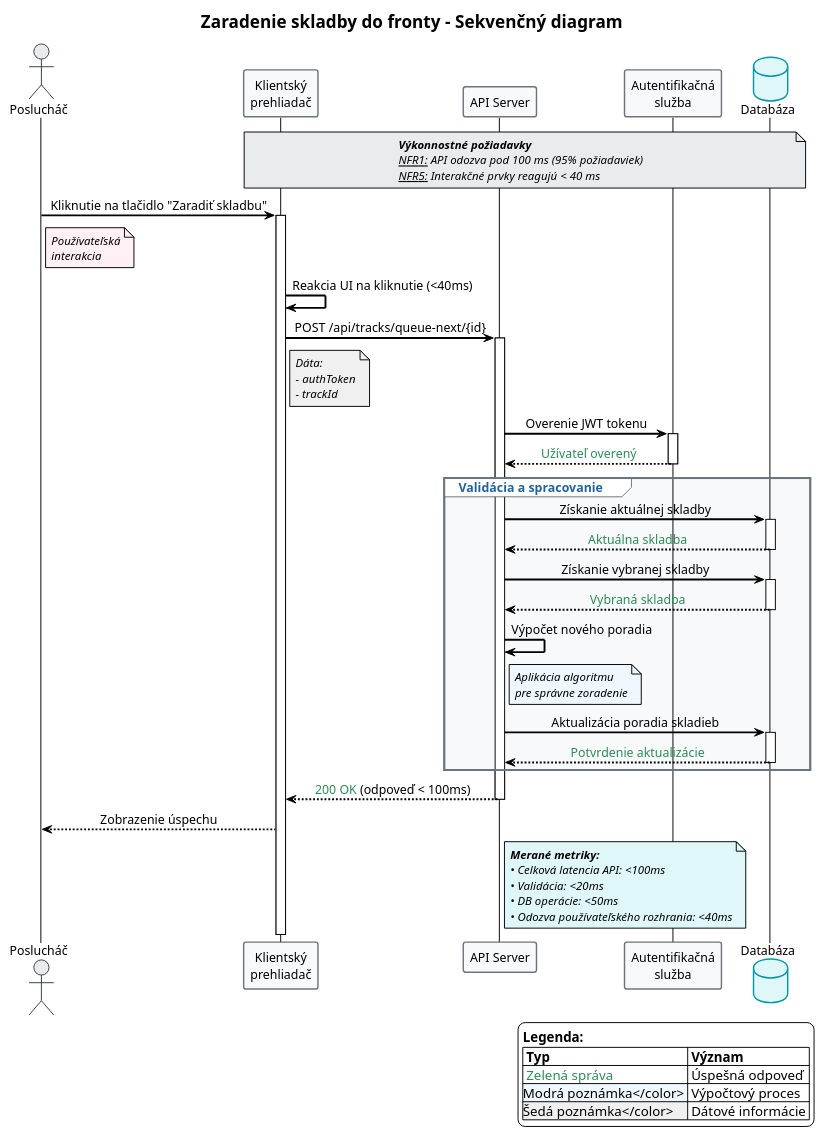
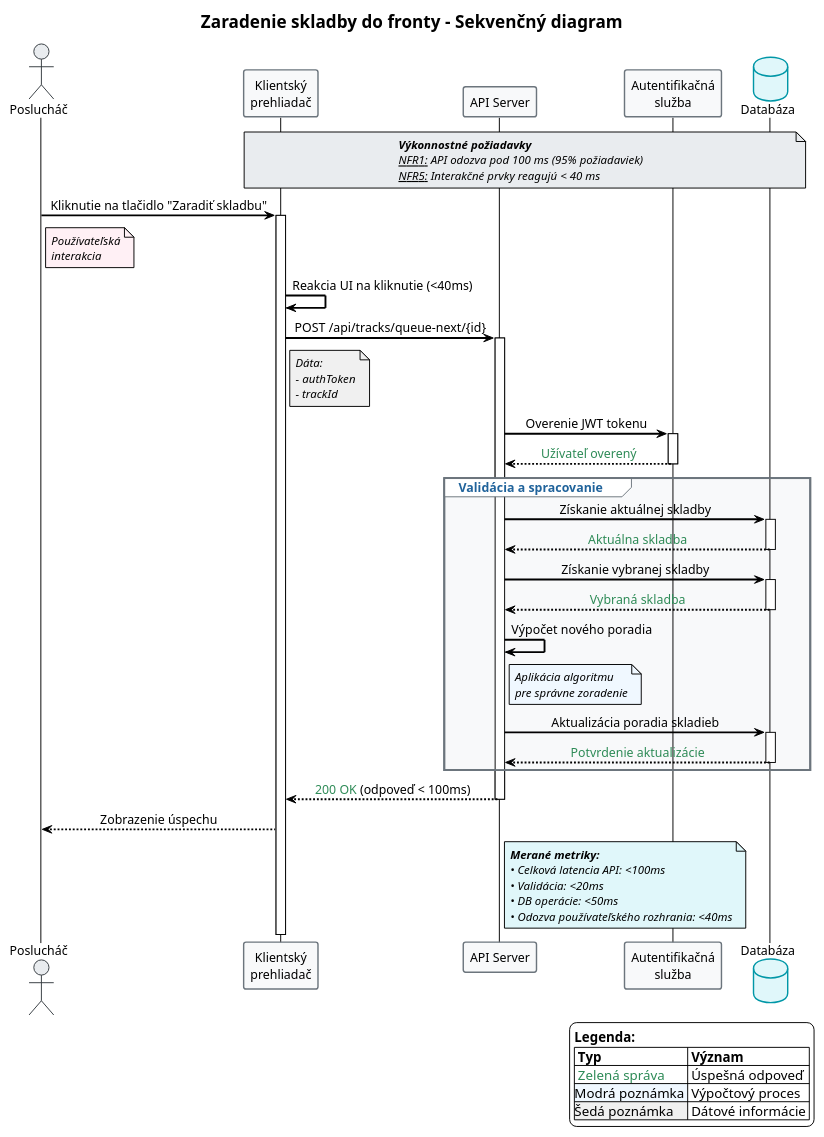
Before and after one commit to Aspergillusplay/radio-app: the diagram in server/public/radio_system_sequence_diagram.puml, drawn with PlantUML. The commit also changed 1 other file, not shown here.

Commit message:
PlantUML update

```diff
--- a/server/public/radio_system_sequence_diagram.puml
+++ b/server/public/radio_system_sequence_diagram.puml
@@ -1,98 +1,98 @@
 @startuml radio_system_sequence_diagram
 
 !theme plain
 skinparam backgroundColor white
 skinparam sequenceArrowThickness 2
 skinparam participantBorderThickness 1.5
 skinparam noteBorderThickness 1
 skinparam BoxPadding 15
 skinparam sequenceGroupBorderThickness 2
 skinparam sequenceGroupBodyBackgroundColor #F8F9FA
 skinparam sequenceGroupBorderColor #6C757D
 skinparam sequenceMessageAlign center
 skinparam responseMessageBelowArrow true
 
 skinparam defaultFontName Arial
 skinparam defaultFontSize 13
 skinparam titleFontSize 18
 skinparam titleFontStyle bold
 skinparam noteFontSize 12
 skinparam noteFontStyle italic
 skinparam groupFontStyle bold
 
 skinparam ActorBackgroundColor #E9ECEF
 skinparam ActorBorderColor #343A40
 skinparam ParticipantBackgroundColor #F8F9FA
 skinparam ParticipantBorderColor #6C757D
 skinparam DatabaseBackgroundColor #E0F7FA
 skinparam DatabaseBorderColor #0097A7
 
 title Zaradenie skladby do fronty - Sekvenčný diagram
 
 actor "Poslucháč" as user #E9ECEF
 participant "Klientský\nprehliadač" as browser #F8F9FA
 participant "API Server" as api #F8F9FA
 participant "Autentifikačná\nslužba" as auth #F8F9FA
 database "Databáza" as db #E0F7FA
 
 note over browser, db #E9ECEF
   <b>Výkonnostné požiadavky</b>
   <u>NFR1:</u> API odozva pod 100 ms (95% požiadaviek)
   <u>NFR5:</u> Interakčné prvky reagujú < 40 ms
 end note
 
 user -> browser ++: Kliknutie na tlačidlo "Zaradiť skladbu"
 note right of user #FFF0F5
   Používateľská
   interakcia
 end note
 
 browser -> browser: Reakcia UI na kliknutie (<40ms)
 
 browser -> api ++: POST /api/tracks/queue-next/{id}
 note right of browser #F0F0F0
   Dáta:
   - authToken
   - trackId
 end note
 
 api -> auth ++: Overenie JWT tokenu
 auth --> api --: <color #2E8B57>Užívateľ overený</color>
 
 group <color #20639B>Validácia a spracovanie</color>
   api -> db ++: Získanie aktuálnej skladby
   db --> api --: <color #2E8B57>Aktuálna skladba</color>
 
   api -> db ++: Získanie vybranej skladby
   db --> api --: <color #2E8B57>Vybraná skladba</color>
 
   api -> api: Výpočet nového poradia
   note right of api #F0F8FF
     Aplikácia algoritmu
     pre správne zoradenie
   end note
 
   api -> db ++: Aktualizácia poradia skladieb
   db --> api --: <color #2E8B57>Potvrdenie aktualizácie</color>
 end group
 
 api --> browser --: <color #2E8B57>200 OK</color> (odpoveď < 100ms)
 browser --> user: Zobrazenie úspechu
 
 note right of api #E0F7FA
   <b>Merané metriky:</b>
   • Celková latencia API: <100ms
   • Validácia: <20ms
   • DB operácie: <50ms
   • Odozva používateľského rozhrania: <40ms
 end note
 
 legend right
   <b>Legenda:</b>
   |= Typ |= Význam |
   | <color #2E8B57>Zelená správa</color> | Úspešná odpoveď |
-  | <#F0F8FF>Modrá poznámka</color> | Výpočtový proces |
-  | <#F0F0F0>Šedá poznámka</color> | Dátové informácie |
+  | <#F0F8FF>Modrá poznámka | Výpočtový proces |
+  | <#F0F0F0>Šedá poznámka | Dátové informácie |
 endlegend
 
 @enduml
```
